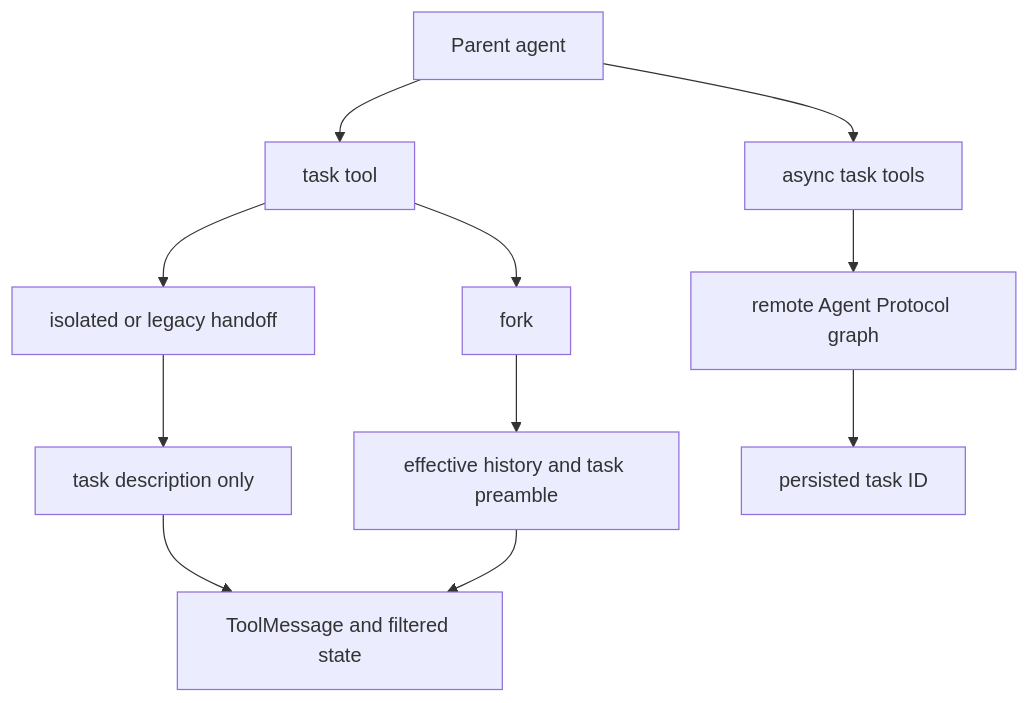
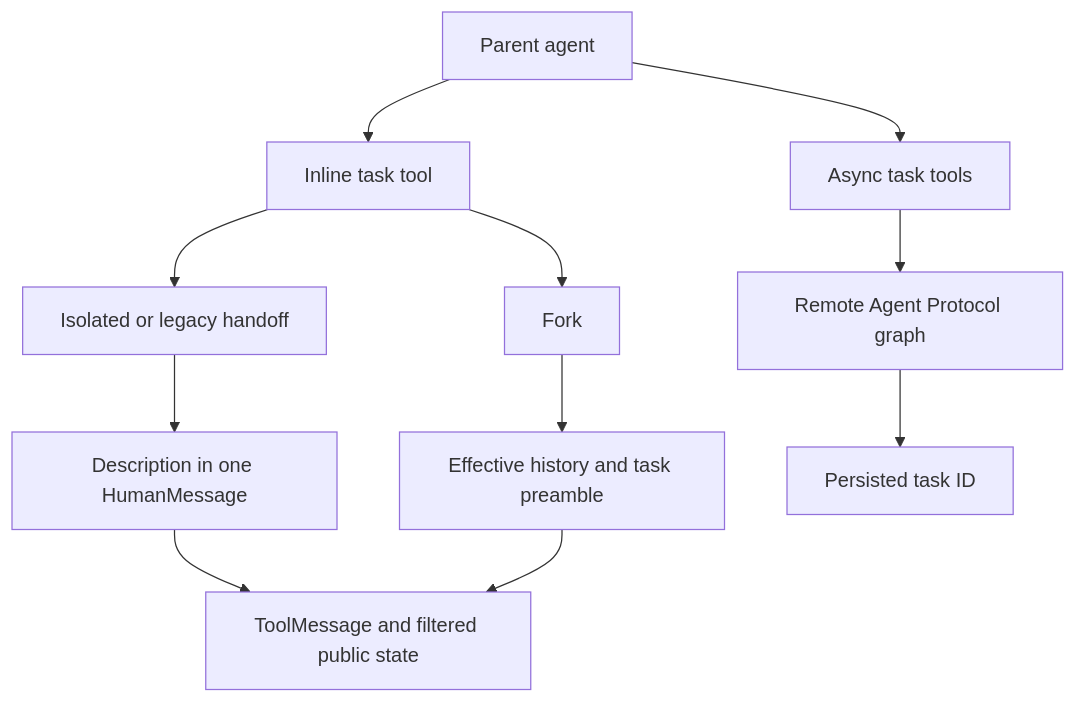
The diagram in openwiki/concepts/subagents-skills.md (langchain-ai/deepagents), drawn with Mermaid before and after one commit. The commit also changed other lines of this file and 136 other files, not shown here.

````diff
--- a/openwiki/concepts/subagents-skills.md
+++ b/openwiki/concepts/subagents-skills.md
@@ -41,13 +61,13 @@
 ```mermaid
 flowchart TD
-    Parent["Parent agent"] --> Task["task tool"]
-    Task --> Isolated["isolated or legacy handoff"]
-    Task --> Fork["fork"]
-    Isolated --> Fresh["task description only"]
-    Fork --> History["effective history and task preamble"]
-    Fresh --> Report["ToolMessage and filtered state"]
-    History --> Report
-    Parent --> AsyncTools["async task tools"]
-    AsyncTools --> Remote["remote Agent Protocol graph"]
-    Remote --> Handle["persisted task ID"]
+    Parent["Parent agent"] --> Task["Inline task tool"]
+    Task --> Isolated["Isolated or legacy handoff"]
+    Task --> Fork["Fork"]
+    Isolated --> Fresh["Description in one HumanMessage"]
+    Fork --> Context["Effective history and task preamble"]
+    Fresh --> Reply["ToolMessage and filtered public state"]
+    Context --> Reply
+    Parent --> AsyncTools["Async task tools"]
+    AsyncTools --> Remote["Remote Agent Protocol graph"]
+    Remote --> Handle["Persisted task ID"]
 ```
````
